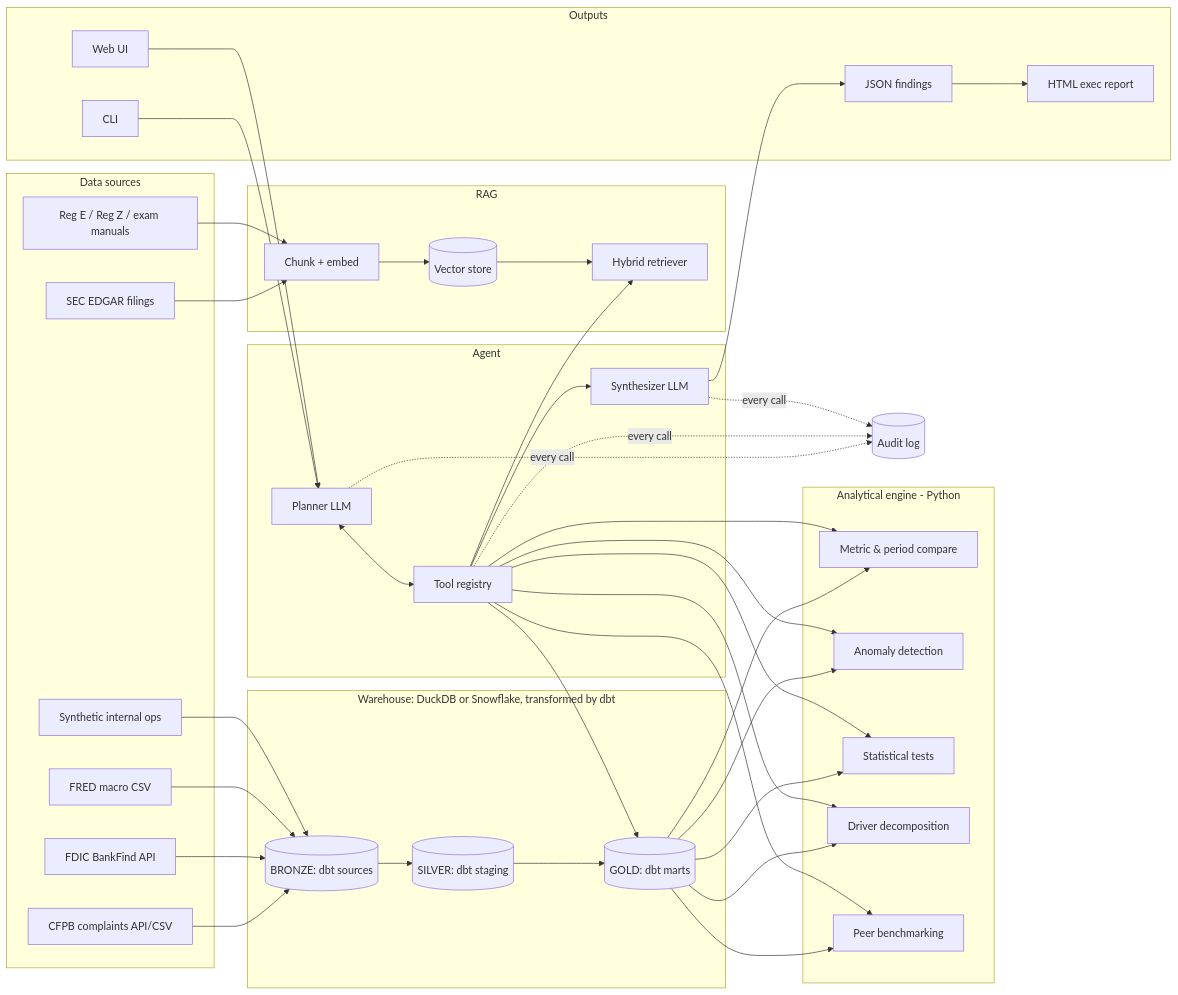
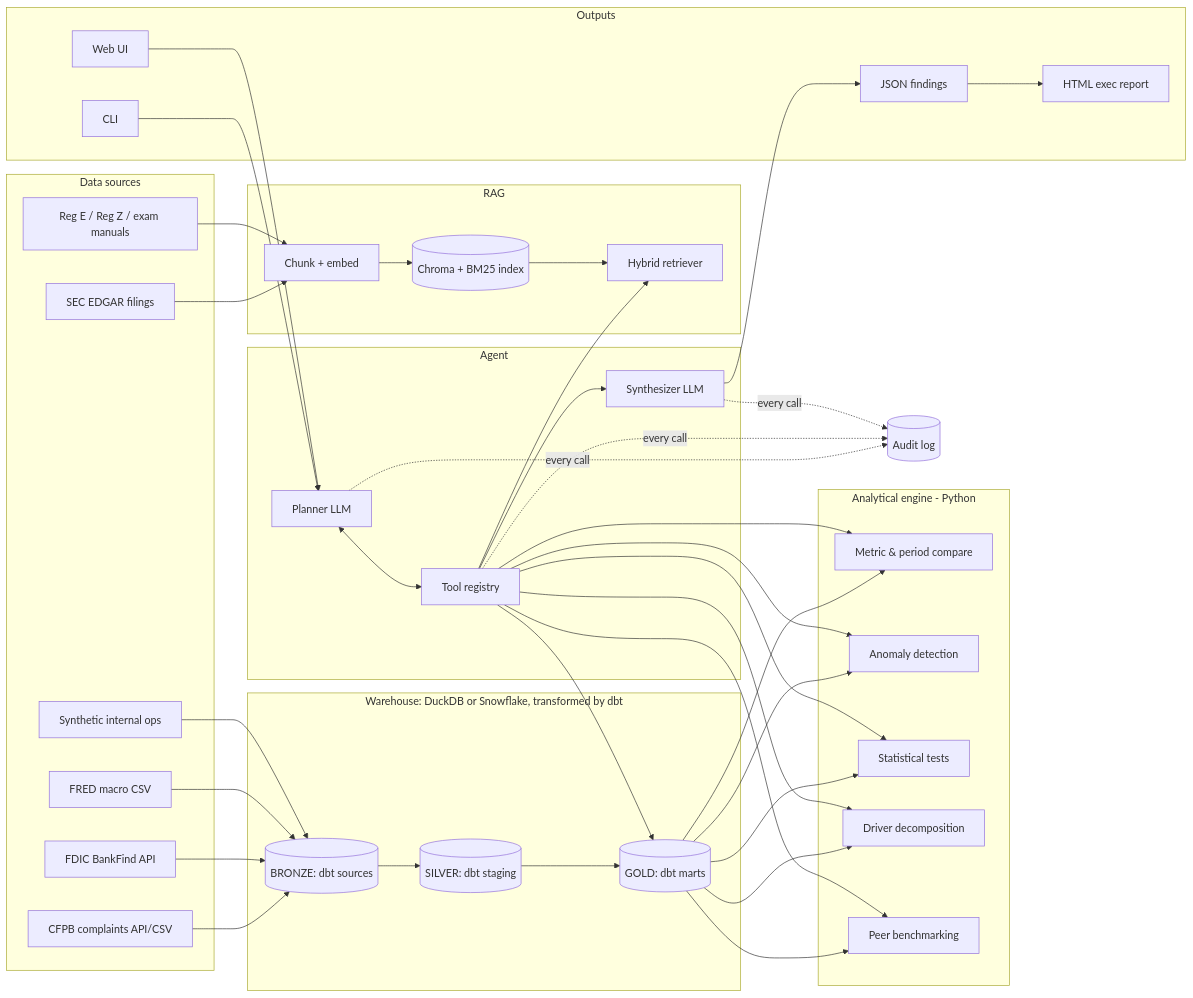
The first of 2 diagrams in README.md (Ryan-Spake/bank-ops-ai-agent), drawn with Mermaid before and after one commit. The commit also changed other lines of this file and 2 other files, not shown here.

First line of the commit message:
feat(rag): standardize on Chroma for the vector store

````diff
--- a/README.md
+++ b/README.md
@@ -96,56 +96,56 @@
 ```mermaid
 flowchart LR
     subgraph SRC[Data sources]
         A1[CFPB complaints API/CSV]
         A2[FDIC BankFind API]
         A3[FRED macro CSV]
         A4[SEC EDGAR filings]
         A5[Synthetic internal ops]
         A6[Reg E / Reg Z / exam manuals]
     end
 
     subgraph WH[Warehouse: DuckDB or Snowflake, transformed by dbt]
         B1[(BRONZE: dbt sources)]
         B2[(SILVER: dbt staging)]
         B3[(GOLD: dbt marts)]
     end
 
     subgraph AE[Analytical engine - Python]
         C1[Metric & period compare]
         C2[Anomaly detection]
         C3[Statistical tests]
         C4[Driver decomposition]
         C5[Peer benchmarking]
     end
 
     subgraph RAG[RAG]
         D1[Chunk + embed]
-        D2[(Vector store)]
+        D2[(Chroma + BM25 index)]
         D3[Hybrid retriever]
     end
 
     subgraph AG[Agent]
         E1[Planner LLM]
         E2[Tool registry]
         E3[Synthesizer LLM]
     end
 
     subgraph OUT[Outputs]
         F1[JSON findings]
         F2[HTML exec report]
         F3[CLI]
         F4[Web UI]
     end
 
     G[(Audit log)]
 
     A1 & A2 & A3 & A5 --> B1 --> B2 --> B3
     A4 & A6 --> D1 --> D2 --> D3
     B3 --> C1 & C2 & C3 & C4 & C5
     E1 <--> E2
     E2 --> C1 & C2 & C3 & C4 & C5 & D3
     E2 --> B3
     E2 --> E3 --> F1 --> F2
     F3 & F4 --> E1
     E1 & E2 & E3 -.every call.-> G
 ```
````
